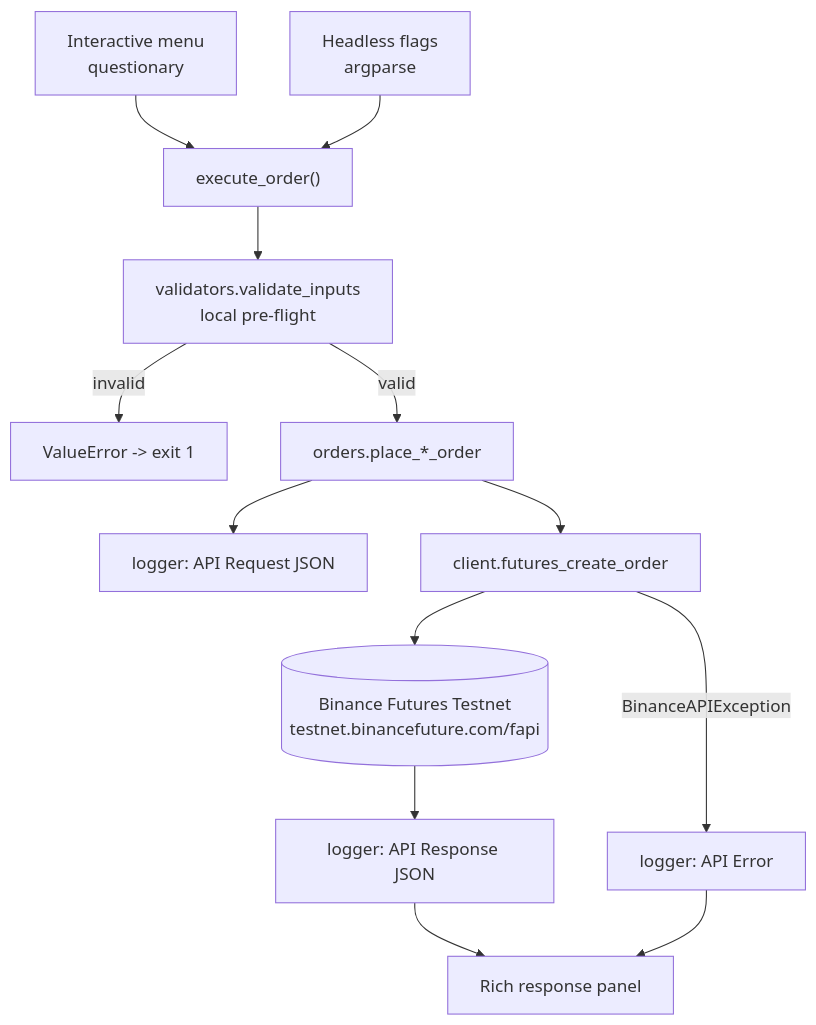
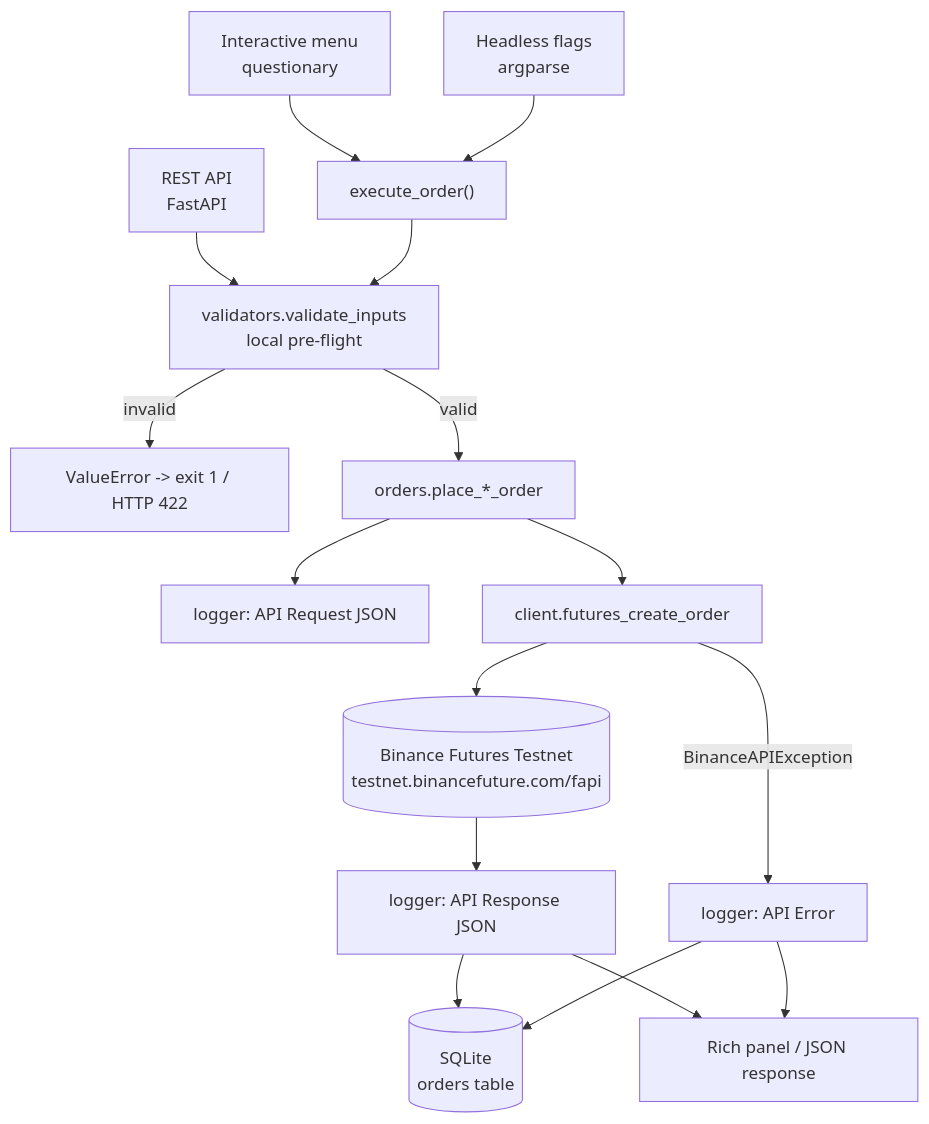
The diagram in README.md (VishnujanNarayanan/binance-futures-trading-bot), drawn with Mermaid before and after one commit. The commit also changed other lines of this file, not shown here.

First line of the commit message:
docs: document the REST API, container, history and CI

````diff
--- a/README.md
+++ b/README.md
@@ -65,14 +83,17 @@
 ```mermaid
 flowchart TB
     A["Interactive menu<br/>questionary"] --> E
     B["Headless flags<br/>argparse"] --> E
+    H["REST API<br/>FastAPI"] --> V
     E["execute_order()"] --> V["validators.validate_inputs<br/>local pre-flight"]
-    V -->|invalid| X["ValueError -> exit 1"]
+    V -->|invalid| X["ValueError -> exit 1 / HTTP 422"]
     V -->|valid| O["orders.place_*_order"]
     O --> L1["logger: API Request JSON"]
     O --> C["client.futures_create_order"]
     C --> API[("Binance Futures Testnet<br/>testnet.binancefuture.com/fapi")]
     API --> L2["logger: API Response JSON"]
-    L2 --> R["Rich response panel"]
-    C -->|BinanceAPIException| L3["logger: API Error"] --> R
+    L2 --> D[("SQLite<br/>orders table")]
+    L2 --> R["Rich panel / JSON response"]
+    C -->|BinanceAPIException| L3["logger: API Error"] --> D
+    L3 --> R
 ```
````
